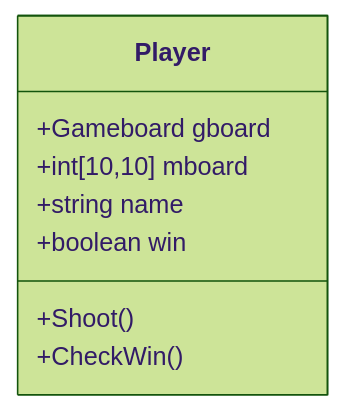
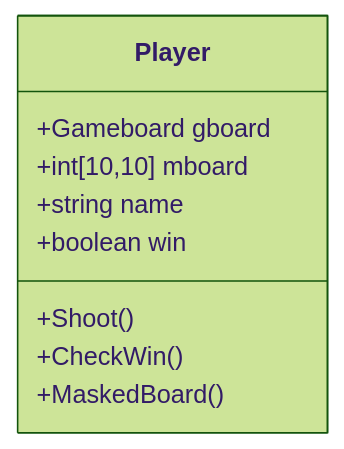
One commit to Jackpang-kings/Battleships changed the third of 3 diagrams in README.md. Above: the diagram before and after it, drawn with Mermaid (forest theme). The commit also changed other lines of this file and 11 other files, not shown here.

````diff
--- a/README.md
+++ b/README.md
@@ -266,21 +249,23 @@
 ```mermaid
 
 classDiagram
 
     class Player{
 
         +Gameboard gboard
 
         +int[10,10] mboard
 
         +string name
 
         +boolean win
 
         +Shoot()
 
         +CheckWin()
 
+		+MaskedBoard()
+
     }
 
 ```
````
